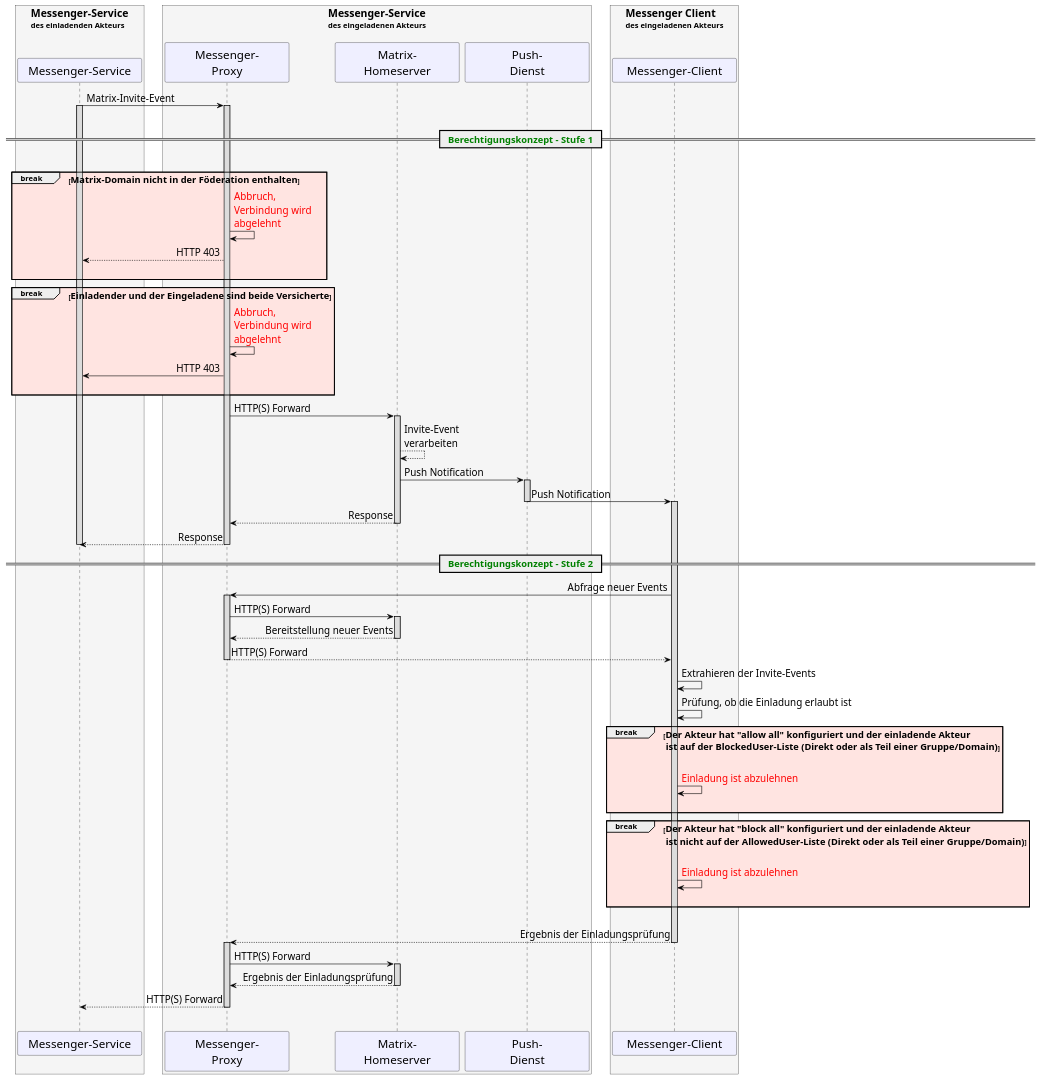
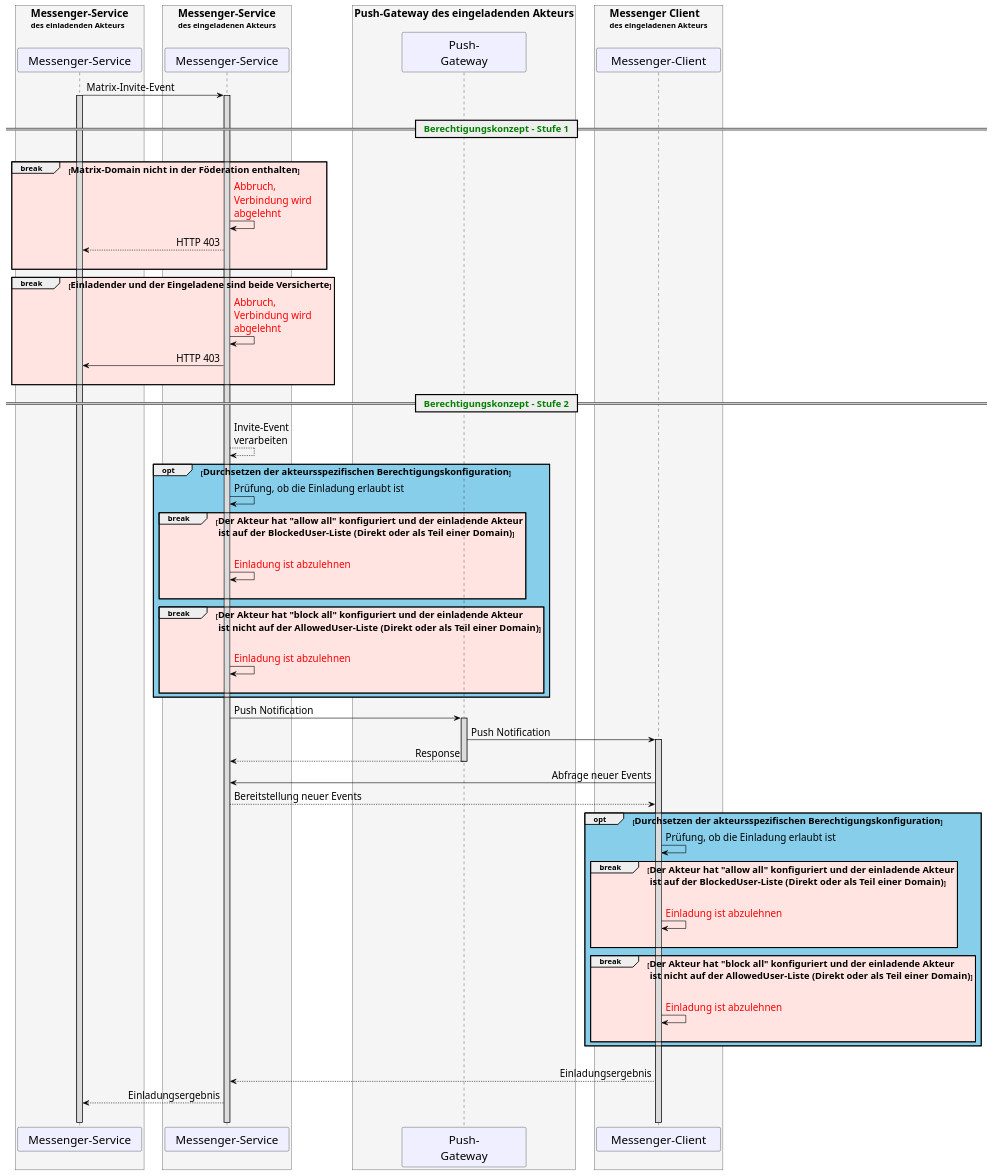
Before and after one commit to gematik/api-ti-messenger: the diagram in src/images/TI-M_ePA/UC_Approvel_List_Seq_fdv.puml, drawn with PlantUML. The commit also changed 1 other file, not shown here.

```diff
--- a/src/images/TI-M_ePA/UC_Approvel_List_Seq_fdv.puml
+++ b/src/images/TI-M_ePA/UC_Approvel_List_Seq_fdv.puml
@@ -8,105 +8,101 @@
 @startuml
 skinparam sequenceMessageAlign direction
 skinparam minClassWidth 200
 skinparam BoxPadding 15
 skinparam sequenceReferenceHeaderBackgroundColor palegreen
 scale max 2048 width
 
 skinparam sequence {
   ArrowColor black
   ArrowFontSize 17
   ActorBorderColor black
   LifeLineBorderColor black
   LifeLineBackgroundColor Gainsboro
 
   ParticipantBorderColor Motivation
   ParticipantBackgroundColor Motivation
 
   ParticipantFontSize 20
   ParticipantFontColor black
   ParticipantBorderColor Black
   ParticipantBackgroundColor MOTIVATION
 
   ActorBackgroundColor Gainsboro
   ActorFontColor black
   ActorFontSize 20
   ActorFontName Aapex
 }
 box <size:18>Messenger-Service\ndes einladenden Akteurs\n #WhiteSmoke
 participant MS as "Messenger-Service"
 end box
 box <size:18>Messenger-Service\ndes eingeladenen Akteurs\n #WhiteSmoke
-participant MP2 as "Messenger-\nProxy"
-participant MH2 as "Matrix-\nHomeserver"
-participant PG as "Push-\nDienst"
+participant MS2 as "Messenger-Service"
+end box
+box <size:18>Push-Gateway des eingeladenden Akteurs\n #WhiteSmoke
+participant PG as "Push-\nGateway"
 end box
 box <size:18>Messenger Client\ndes eingeladenen Akteurs\n #WhiteSmoke
 participant MC2 as "Messenger-Client"
 end box
-MS->MP2:Matrix-Invite-Event
-activate MP2
+MS->MS2:Matrix-Invite-Event
+activate MS2
 activate MS
 |||
 == <font color=green><size:16>  Berechtigungskonzept - Stufe 1</size></font>  ==
 |||
 break #MistyRose <size:16>Matrix-Domain nicht in der Föderation enthalten</size>
-  MP2->MP2:<font color=red>Abbruch, \n<font color=red>Verbindung wird \n<font color=red>abgelehnt</font>
-  MP2-->MS: HTTP 403
+  MS2->MS2:<font color=red>Abbruch, \n<font color=red>Verbindung wird \n<font color=red>abgelehnt</font>
+  MS2-->MS: HTTP 403
   |||
   end
 break  #MistyRose <size:16>Einladender und der Eingeladene sind beide Versicherte</size>
-  MP2->MP2:<font color=red>Abbruch, \n<font color=red>Verbindung wird \n<font color=red>abgelehnt</font>
-  MP2->MS: HTTP 403
+  MS2->MS2:<font color=red>Abbruch, \n<font color=red>Verbindung wird \n<font color=red>abgelehnt</font>
+  MS2->MS: HTTP 403
   |||
   end
 
-  MP2->MH2: HTTP(S) Forward
-  activate MH2
-  MH2-->MH2: Invite-Event \nverarbeiten
-  MH2->PG++: Push Notification
-  PG->MC2--: Push Notification
+== <font color=green><size:16>  Berechtigungskonzept - Stufe 2</size></font>  ==
+MS2-->MS2: Invite-Event \nverarbeiten
+opt #SkyBlue <size:16>Durchsetzen der akteursspezifischen Berechtigungskonfiguration</size>
+MS2->MS2: Prüfung, ob die Einladung erlaubt ist
+break #MistyRose <size:16>Der Akteur hat "allow all" konfiguriert und der einladende Akteur\n<size:16> ist auf der BlockedUser-Liste (Direkt oder als Teil einer Domain)</size>
+    |||
+    MS2->MS2:<font color=red>Einladung ist abzulehnen</font>
+    |||
+  end
+
+  break #MistyRose <size:16>Der Akteur hat "block all" konfiguriert und der einladende Akteur\n<size:16> ist nicht auf der AllowedUser-Liste (Direkt oder als Teil einer Domain)</size>
+    |||
+    MS2->MS2:<font color=red>Einladung ist abzulehnen</font>
+    |||
+  end
+end
+
+  MS2->PG++: Push Notification
+  PG->MC2: Push Notification
   activate MC2
-  MH2-->MP2: Response
-  deactivate MH2
-  MP2-->MS: Response
-  deactivate MP2
-  deactivate MS
+  PG-->MS2: Response
+  deactivate PG
 
-== <font color=green><size:16>  Berechtigungskonzept - Stufe 2</size></font>  ==
-  MC2->MP2: Abfrage neuer Events
-  activate MP2
-  MP2->MH2: HTTP(S) Forward
-  activate MH2
-  MH2-->MP2: Bereitstellung neuer Events
-  deactivate MH2
-  MP2-->MC2: HTTP(S) Forward
-  deactivate MP2
+  MC2->MS2: Abfrage neuer Events
+  MS2-->MC2: Bereitstellung neuer Events
 
-  MC2->MC2: Extrahieren der Invite-Events
+  opt #SkyBlue <size:16>Durchsetzen der akteursspezifischen Berechtigungskonfiguration</size>
   MC2->MC2: Prüfung, ob die Einladung erlaubt ist
-
-  break #MistyRose <size:16>Der Akteur hat "allow all" konfiguriert und der einladende Akteur\n<size:16> ist auf der BlockedUser-Liste (Direkt oder als Teil einer Gruppe/Domain)</size>
+  break #MistyRose <size:16>Der Akteur hat "allow all" konfiguriert und der einladende Akteur\n<size:16> ist auf der BlockedUser-Liste (Direkt oder als Teil einer Domain)</size>
     |||
     MC2->MC2:<font color=red>Einladung ist abzulehnen</font>
     |||
   end
 
-  break #MistyRose <size:16>Der Akteur hat "block all" konfiguriert und der einladende Akteur\n<size:16> ist nicht auf der AllowedUser-Liste (Direkt oder als Teil einer Gruppe/Domain)</size>
+  break #MistyRose <size:16>Der Akteur hat "block all" konfiguriert und der einladende Akteur\n<size:16> ist nicht auf der AllowedUser-Liste (Direkt oder als Teil einer Domain)</size>
     |||
     MC2->MC2:<font color=red>Einladung ist abzulehnen</font>
     |||
   end
-
-
+end
 |||
-MC2-->MP2: Ergebnis der Einladungsprüfung
-deactivate MC2
-activate MP2
-MP2->MH2: HTTP(S) Forward
-activate MH2
-MH2-->MP2: Ergebnis der Einladungsprüfung
-deactivate MH2
-MP2-->MS: HTTP(S) Forward
-deactivate MP2
+MC2-->MS2: Einladungsergebnis
+MS2-->MS: Einladungsergebnis
 |||
 @enduml
```
